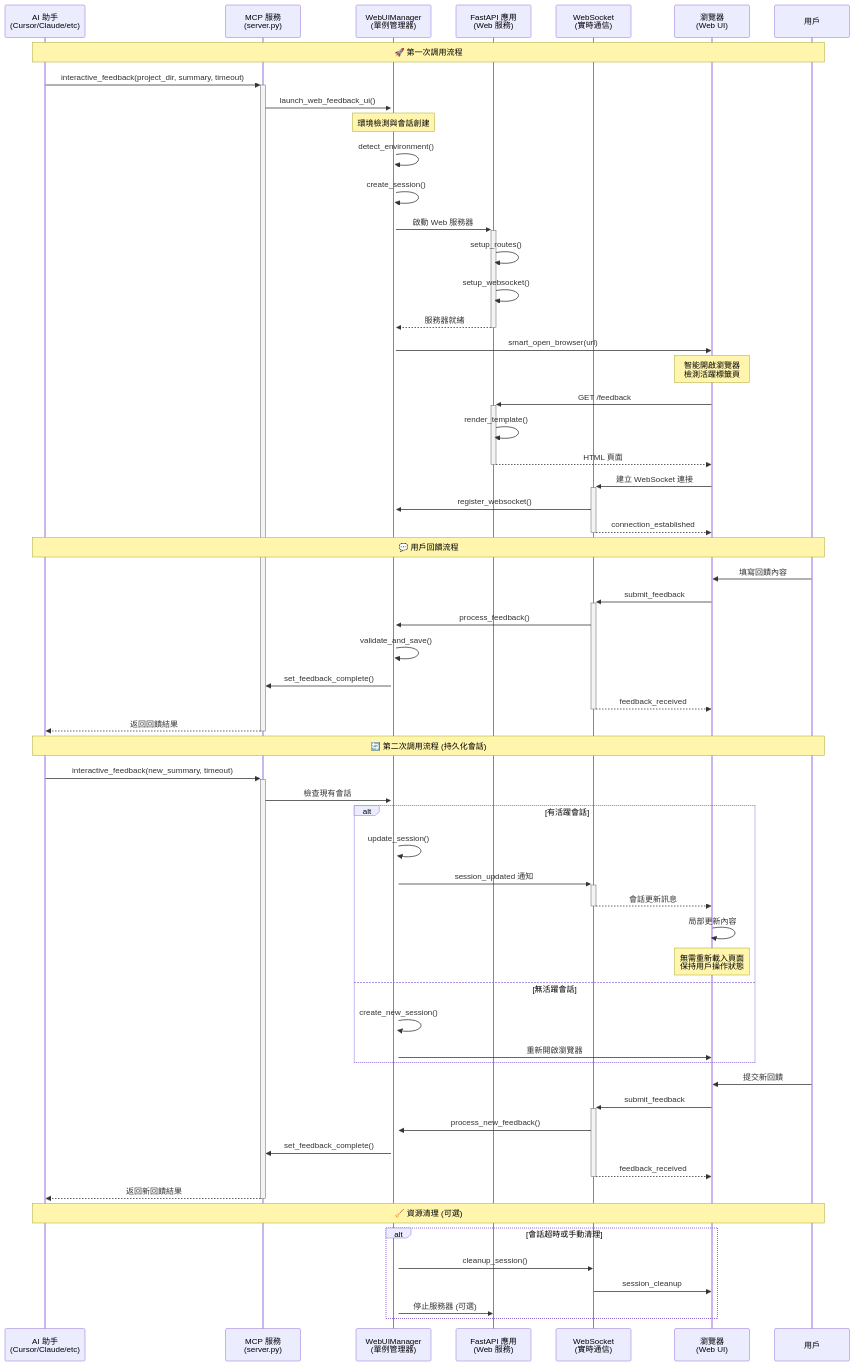
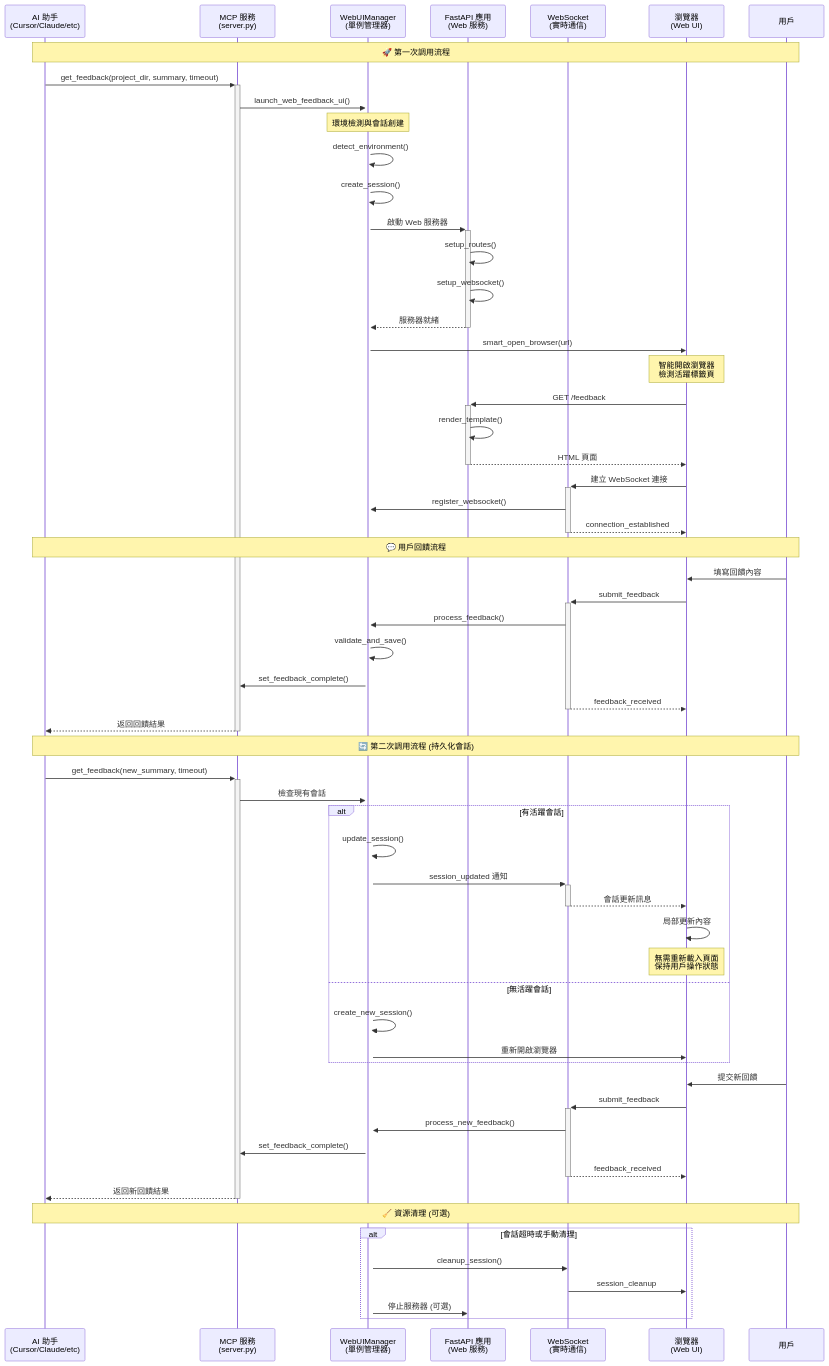
One commit to LeonBuild/mcp-feedback-enhanced-pro changed the first of 12 diagrams in docs/architecture/interaction-flows.md. Above: the diagram before and after it, drawn with Mermaid. The commit also changed other lines of this file and 26 other files, not shown here.

Commit message:
rename to `get_feedback`

````diff
--- a/docs/architecture/interaction-flows.md
+++ b/docs/architecture/interaction-flows.md
@@ -19,72 +19,72 @@
 ```mermaid
 sequenceDiagram
     participant AI as AI 助手<br/>(Cursor/Claude/etc)
     participant MCP as MCP 服務<br/>(server.py)
     participant WM as WebUIManager<br/>(單例管理器)
     participant FastAPI as FastAPI 應用<br/>(Web 服務)
     participant WS as WebSocket<br/>(實時通信)
     participant Browser as 瀏覽器<br/>(Web UI)
     participant User as 用戶
 
     Note over AI,User: 🚀 第一次調用流程
-    AI->>+MCP: interactive_feedback(project_dir, summary, timeout)
+    AI->>+MCP: get_feedback(project_dir, summary, timeout)
     MCP->>+WM: launch_web_feedback_ui()
 
     Note over WM: 環境檢測與會話創建
     WM->>WM: detect_environment()
     WM->>WM: create_session()
 
     WM->>+FastAPI: 啟動 Web 服務器
     FastAPI->>FastAPI: setup_routes()
     FastAPI->>FastAPI: setup_websocket()
     FastAPI-->>-WM: 服務器就緒
 
     WM->>Browser: smart_open_browser(url)
     Note over Browser: 智能開啟瀏覽器<br/>檢測活躍標籤頁
 
     Browser->>+FastAPI: GET /feedback
     FastAPI->>FastAPI: render_template()
     FastAPI-->>-Browser: HTML 頁面
 
     Browser->>+WS: 建立 WebSocket 連接
     WS->>WM: register_websocket()
     WS-->>-Browser: connection_established
 
     Note over AI,User: 💬 用戶回饋流程
     User->>Browser: 填寫回饋內容
     Browser->>+WS: submit_feedback
     WS->>WM: process_feedback()
     WM->>WM: validate_and_save()
     WM->>MCP: set_feedback_complete()
     WS-->>-Browser: feedback_received
     MCP-->>-AI: 返回回饋結果
 
     Note over AI,User: 🔄 第二次調用流程 (持久化會話)
-    AI->>+MCP: interactive_feedback(new_summary, timeout)
+    AI->>+MCP: get_feedback(new_summary, timeout)
     MCP->>+WM: 檢查現有會話
 
     alt 有活躍會話
         WM->>WM: update_session()
         WM->>+WS: session_updated 通知
         WS-->>-Browser: 會話更新訊息
         Browser->>Browser: 局部更新內容
         Note over Browser: 無需重新載入頁面<br/>保持用戶操作狀態
     else 無活躍會話
         WM->>WM: create_new_session()
         WM->>Browser: 重新開啟瀏覽器
     end
 
     User->>Browser: 提交新回饋
     Browser->>+WS: submit_feedback
     WS->>WM: process_new_feedback()
     WM->>MCP: set_feedback_complete()
     WS-->>-Browser: feedback_received
     MCP-->>-AI: 返回新回饋結果
 
     Note over AI,User: 🧹 資源清理 (可選)
     alt 會話超時或手動清理
         WM->>WS: cleanup_session()
         WS->>Browser: session_cleanup
         WM->>FastAPI: 停止服務器 (可選)
     end
 ```
````
